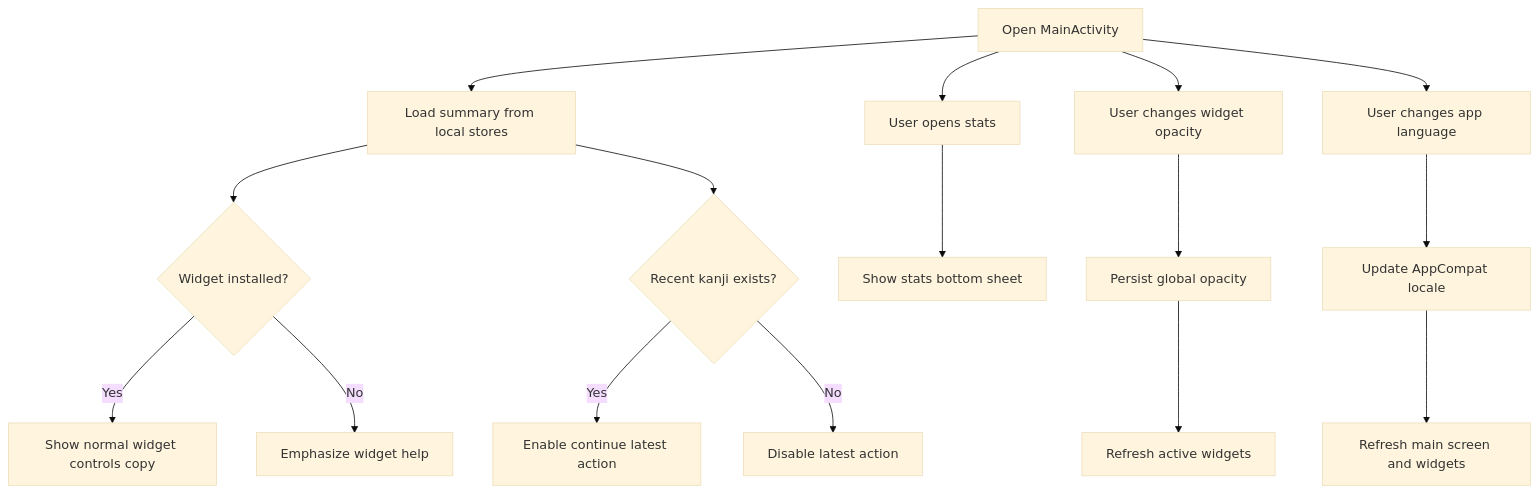
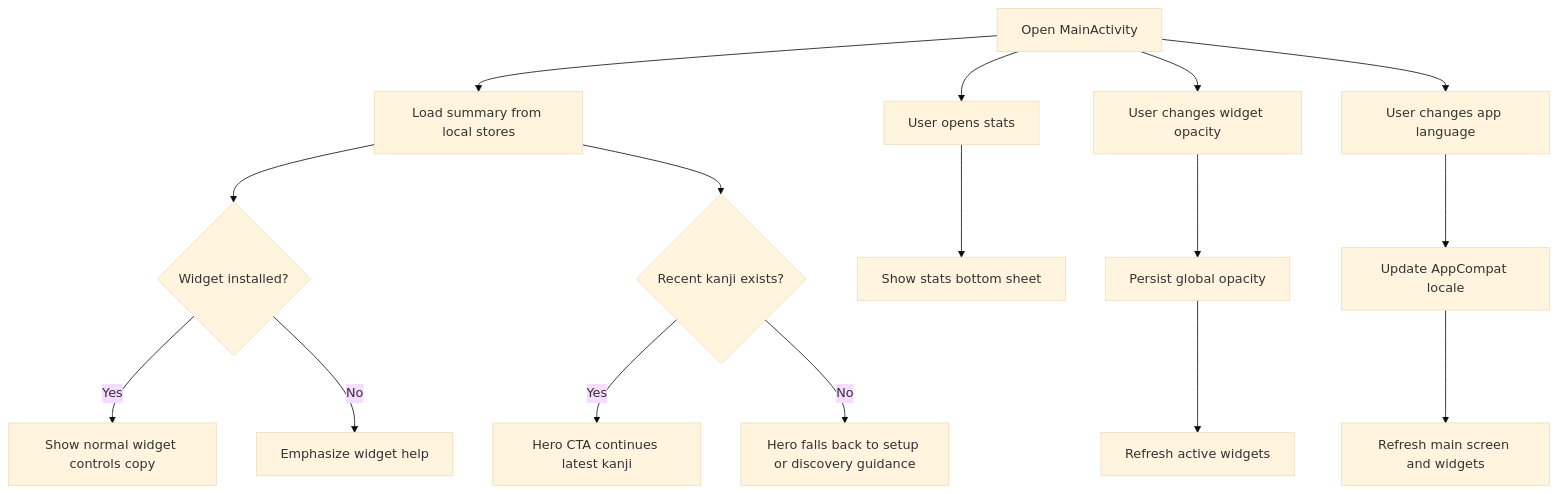
Before and after one commit to 2zcory/kanji-widget: the diagram in docs/detail-design/main-screen.md, drawn with Mermaid (base theme). The commit also changed other lines of this file and 6 other files, not shown here.

````diff
--- a/docs/detail-design/main-screen.md
+++ b/docs/detail-design/main-screen.md
@@ -169,18 +175,18 @@
 ```mermaid
 flowchart TD
     A[Open MainActivity] --> B[Load summary from local stores]
     B --> C{Widget installed?}
     C -- Yes --> D[Show normal widget controls copy]
     C -- No --> E[Emphasize widget help]
     B --> F{Recent kanji exists?}
-    F -- Yes --> G[Enable continue latest action]
-    F -- No --> H[Disable latest action]
+    F -- Yes --> G[Hero CTA continues latest kanji]
+    F -- No --> H[Hero falls back to setup or discovery guidance]
     A --> I[User opens stats]
     I --> J[Show stats bottom sheet]
     A --> K[User changes widget opacity]
     K --> L[Persist global opacity]
     L --> M[Refresh active widgets]
     A --> N[User changes app language]
     N --> O[Update AppCompat locale]
     O --> P[Refresh main screen and widgets]
 ```
````
